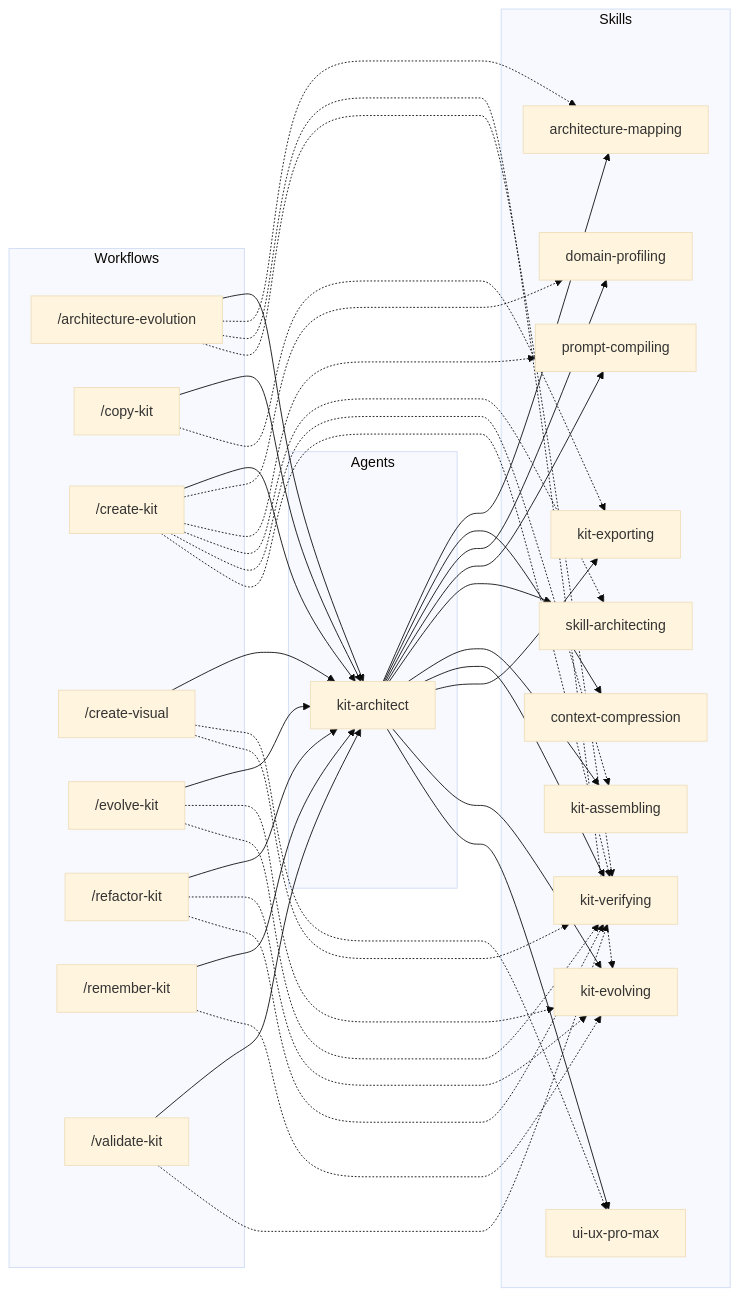
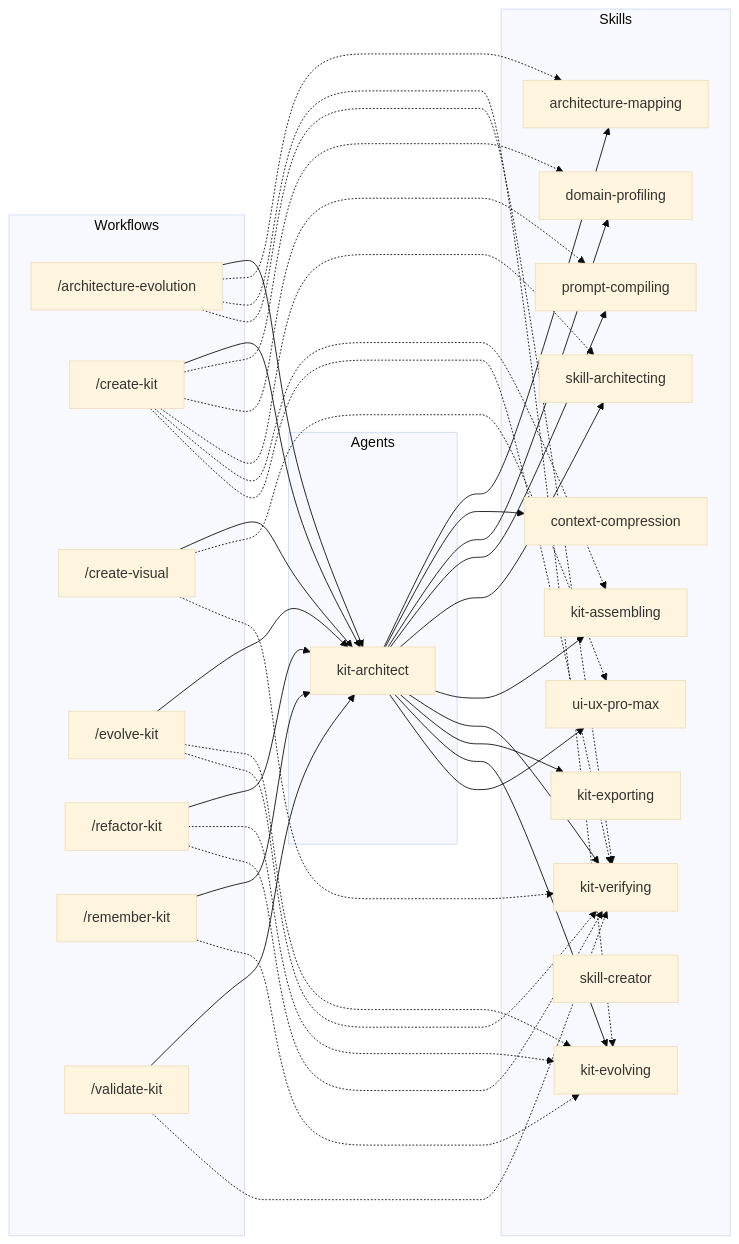
The diagram in .agents/DEPENDENCY_GRAPH.md (thelightinker/Agent-Kit-Builder), drawn with Mermaid (base theme) before and after one commit. The commit also changed other lines of this file and 59 other files, not shown here.

Commit message:
feat: complete evolvable architecture with kit-architect, unified feedback loop, and skill-creator

````diff
--- a/.agents/DEPENDENCY_GRAPH.md
+++ b/.agents/DEPENDENCY_GRAPH.md
@@ -7,63 +7,61 @@
 ```mermaid
 flowchart LR
   subgraph Workflows
     W_architecture_evolution["/architecture-evolution"]
-    W_copy_kit["/copy-kit"]
     W_create_kit["/create-kit"]
     W_create_visual["/create-visual"]
     W_evolve_kit["/evolve-kit"]
     W_refactor_kit["/refactor-kit"]
     W_remember_kit["/remember-kit"]
     W_validate_kit["/validate-kit"]
   end
   subgraph Agents
     A_kit_architect["kit-architect"]
   end
   subgraph Skills
     S_architecture_mapping["architecture-mapping"]
     S_context_compression["context-compression"]
     S_domain_profiling["domain-profiling"]
     S_kit_assembling["kit-assembling"]
     S_kit_evolving["kit-evolving"]
     S_kit_exporting["kit-exporting"]
     S_kit_verifying["kit-verifying"]
     S_prompt_compiling["prompt-compiling"]
     S_skill_architecting["skill-architecting"]
+    S_skill_creator["skill-creator"]
     S_ui_ux_pro_max["ui-ux-pro-max"]
   end
   W_architecture_evolution --> A_kit_architect
   W_architecture_evolution -.-> S_architecture_mapping
   W_architecture_evolution -.-> S_kit_evolving
   W_architecture_evolution -.-> S_kit_verifying
-  W_copy_kit --> A_kit_architect
-  W_copy_kit -.-> S_kit_exporting
   W_create_kit --> A_kit_architect
   W_create_kit -.-> S_domain_profiling
   W_create_kit -.-> S_prompt_compiling
   W_create_kit -.-> S_skill_architecting
   W_create_kit -.-> S_kit_assembling
   W_create_kit -.-> S_kit_verifying
   W_create_visual --> A_kit_architect
   W_create_visual -.-> S_ui_ux_pro_max
   W_create_visual -.-> S_kit_verifying
   W_evolve_kit --> A_kit_architect
   W_evolve_kit -.-> S_kit_evolving
   W_evolve_kit -.-> S_kit_verifying
   W_refactor_kit --> A_kit_architect
   W_refactor_kit -.-> S_kit_evolving
   W_refactor_kit -.-> S_kit_verifying
   W_remember_kit --> A_kit_architect
   W_remember_kit -.-> S_kit_evolving
   W_validate_kit --> A_kit_architect
   W_validate_kit -.-> S_kit_verifying
   A_kit_architect --> S_architecture_mapping
   A_kit_architect --> S_context_compression
   A_kit_architect --> S_domain_profiling
   A_kit_architect --> S_prompt_compiling
   A_kit_architect --> S_skill_architecting
   A_kit_architect --> S_kit_assembling
   A_kit_architect --> S_kit_verifying
   A_kit_architect --> S_kit_exporting
   A_kit_architect --> S_kit_evolving
   A_kit_architect --> S_ui_ux_pro_max
 ```
````
